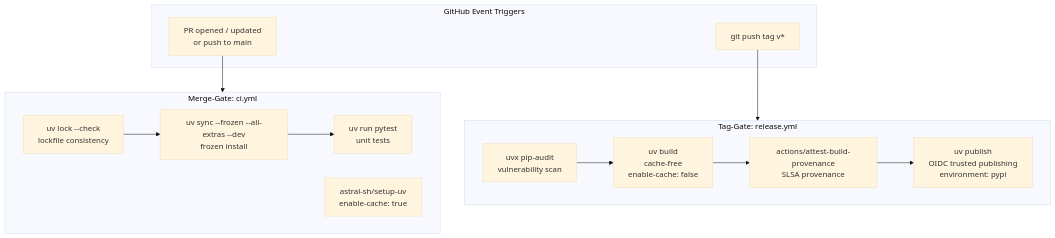
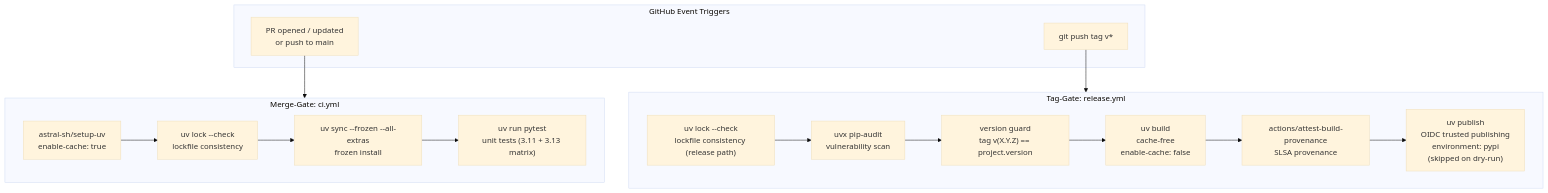
One commit to Aldeia-IT/anytype-llm-wiki changed the first of 2 diagrams in .aldeia/231-supply-chain-security-hardening-apply-rotki-s-meas/spec.md. Above: the diagram before and after it, drawn with Mermaid (base theme). The commit also changed other lines of this file, not shown here.

````diff
--- a/.aldeia/231-supply-chain-security-hardening-apply-rotki-s-meas/spec.md
+++ b/.aldeia/231-supply-chain-security-hardening-apply-rotki-s-meas/spec.md
@@ -109,27 +143,29 @@
 ```mermaid
 flowchart TD
     subgraph TRIGGERS["GitHub Event Triggers"]
         PR["PR opened / updated\nor push to main"]
         TAG["git push tag v*"]
     end
 
     subgraph MERGE["Merge-Gate: ci.yml"]
+        CACHE["astral-sh/setup-uv\nenable-cache: true"]
         LC["uv lock --check\nlockfile consistency"]
-        INSTALL["uv sync --frozen --all-extras --dev\nfrozen install"]
-        TEST["uv run pytest\nunit tests"]
-        CACHE["astral-sh/setup-uv\nenable-cache: true"]
+        INSTALL["uv sync --frozen --all-extras\nfrozen install"]
+        TEST["uv run pytest\nunit tests (3.11 + 3.13 matrix)"]
     end
 
     subgraph RELEASE["Tag-Gate: release.yml"]
+        RLC["uv lock --check\nlockfile consistency (release path)"]
         AUDIT["uvx pip-audit\nvulnerability scan"]
+        GUARD["version guard\ntag v(X.Y.Z) == project.version"]
         BUILD["uv build\ncache-free\nenable-cache: false"]
         ATTEST["actions/attest-build-provenance\nSLSA provenance"]
-        PUBLISH["uv publish\nOIDC trusted publishing\nenvironment: pypi"]
+        PUBLISH["uv publish\nOIDC trusted publishing\nenvironment: pypi\n(skipped on dry-run)"]
     end
 
     PR --> MERGE
     TAG --> RELEASE
 
-    LC --> INSTALL --> TEST
-    AUDIT --> BUILD --> ATTEST --> PUBLISH
+    CACHE --> LC --> INSTALL --> TEST
+    RLC --> AUDIT --> GUARD --> BUILD --> ATTEST --> PUBLISH
 ```
````
